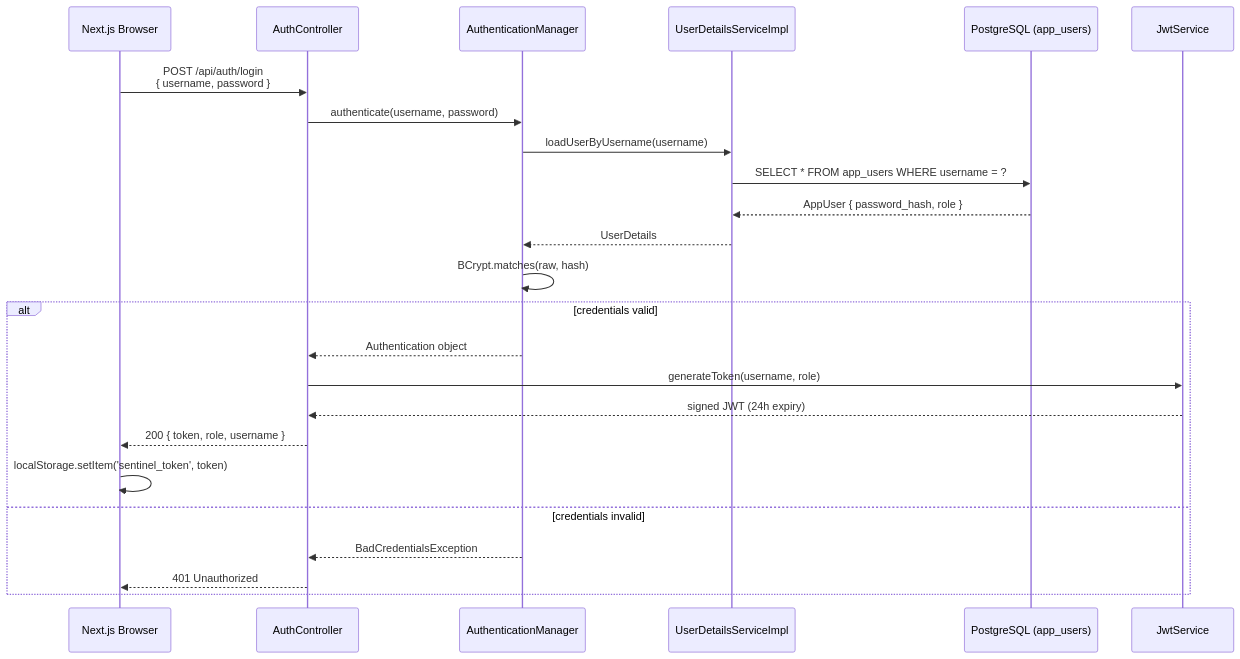
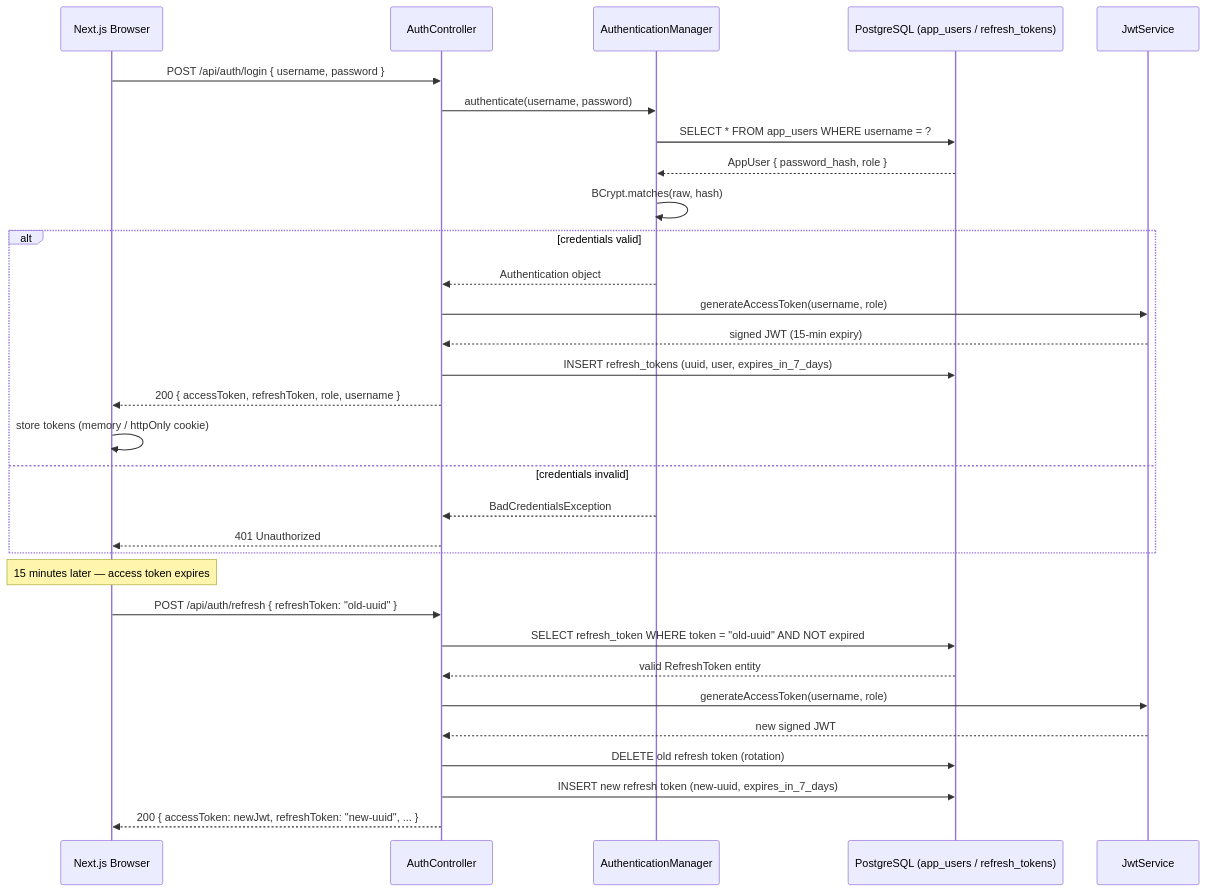
One commit to thitipongroo/sentinel-iot-platform changed the fourth of 9 diagrams in docs/sequence-diagrams.md. Above: the diagram before and after it, drawn with Mermaid. The commit also changed other lines of this file and 4 other files, not shown here.

````diff
--- a/docs/sequence-diagrams.md
+++ b/docs/sequence-diagrams.md
@@ -54,28 +143,37 @@
 ```mermaid
 sequenceDiagram
     participant Browser as Next.js Browser
     participant API as AuthController
     participant AUTH as AuthenticationManager
-    participant UDS as UserDetailsServiceImpl
-    participant DB as PostgreSQL (app_users)
+    participant DB as PostgreSQL (app_users / refresh_tokens)
     participant JWT as JwtService
 
-    Browser->>API: POST /api/auth/login<br/>{ username, password }
+    Browser->>API: POST /api/auth/login { username, password }
     API->>AUTH: authenticate(username, password)
-    AUTH->>UDS: loadUserByUsername(username)
-    UDS->>DB: SELECT * FROM app_users WHERE username = ?
-    DB-->>UDS: AppUser { password_hash, role }
-    UDS-->>AUTH: UserDetails
+    AUTH->>DB: SELECT * FROM app_users WHERE username = ?
+    DB-->>AUTH: AppUser { password_hash, role }
     AUTH->>AUTH: BCrypt.matches(raw, hash)
 
     alt credentials valid
         AUTH-->>API: Authentication object
-        API->>JWT: generateToken(username, role)
-        JWT-->>API: signed JWT (24h expiry)
-        API-->>Browser: 200 { token, role, username }
-        Browser->>Browser: localStorage.setItem('sentinel_token', token)
+        API->>JWT: generateAccessToken(username, role)
+        JWT-->>API: signed JWT (15-min expiry)
+        API->>DB: INSERT refresh_tokens (uuid, user, expires_in_7_days)
+        API-->>Browser: 200 { accessToken, refreshToken, role, username }
+        Browser->>Browser: store tokens (memory / httpOnly cookie)
     else credentials invalid
         AUTH-->>API: BadCredentialsException
         API-->>Browser: 401 Unauthorized
     end
+
+    Note over Browser: 15 minutes later — access token expires
+
+    Browser->>API: POST /api/auth/refresh { refreshToken: "old-uuid" }
+    API->>DB: SELECT refresh_token WHERE token = "old-uuid" AND NOT expired
+    DB-->>API: valid RefreshToken entity
+    API->>JWT: generateAccessToken(username, role)
+    JWT-->>API: new signed JWT
+    API->>DB: DELETE old refresh token (rotation)
+    API->>DB: INSERT new refresh token (new-uuid, expires_in_7_days)
+    API-->>Browser: 200 { accessToken: newJwt, refreshToken: "new-uuid", ... }
 ```
````
